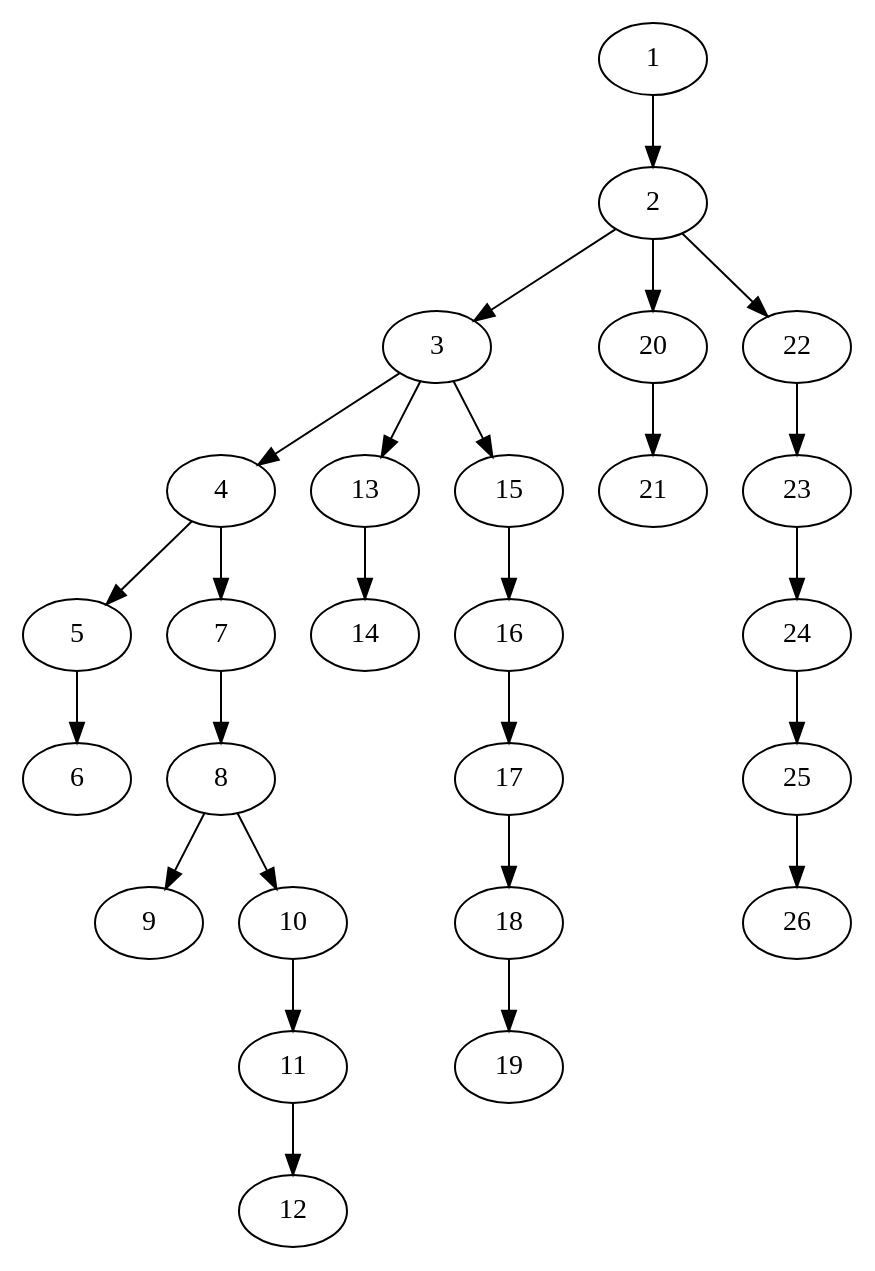
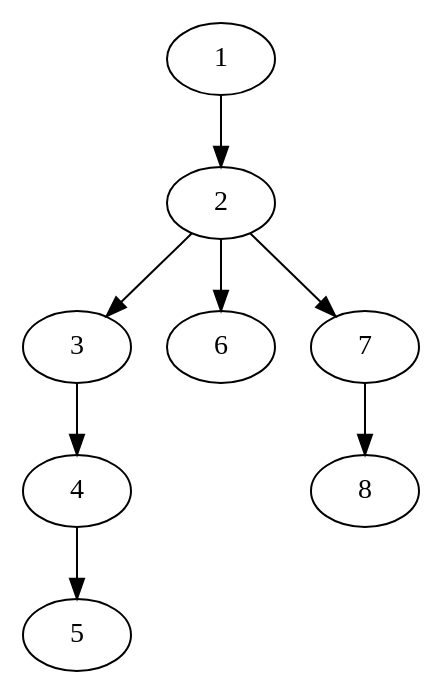
The diagram in caspian/src/ast_stuff.dot (Ajax12345/caspian-lang), drawn with Graphviz before and after one commit. The commit also changed 4 other files, not shown here.

```diff
--- a/caspian/src/ast_stuff.dot
+++ b/caspian/src/ast_stuff.dot
@@ -1,27 +1,9 @@
 strict digraph "" {
 	1 -> 2;
 	2 -> 3;
-	2 -> 20;
-	2 -> 22;
+	2 -> 6;
+	2 -> 7;
 	3 -> 4;
-	3 -> 13;
-	3 -> 15;
 	4 -> 5;
-	4 -> 7;
-	5 -> 6;
 	7 -> 8;
-	8 -> 9;
-	8 -> 10;
-	10 -> 11;
-	11 -> 12;
-	13 -> 14;
-	15 -> 16;
-	16 -> 17;
-	17 -> 18;
-	18 -> 19;
-	20 -> 21;
-	22 -> 23;
-	23 -> 24;
-	24 -> 25;
-	25 -> 26;
 }
```
